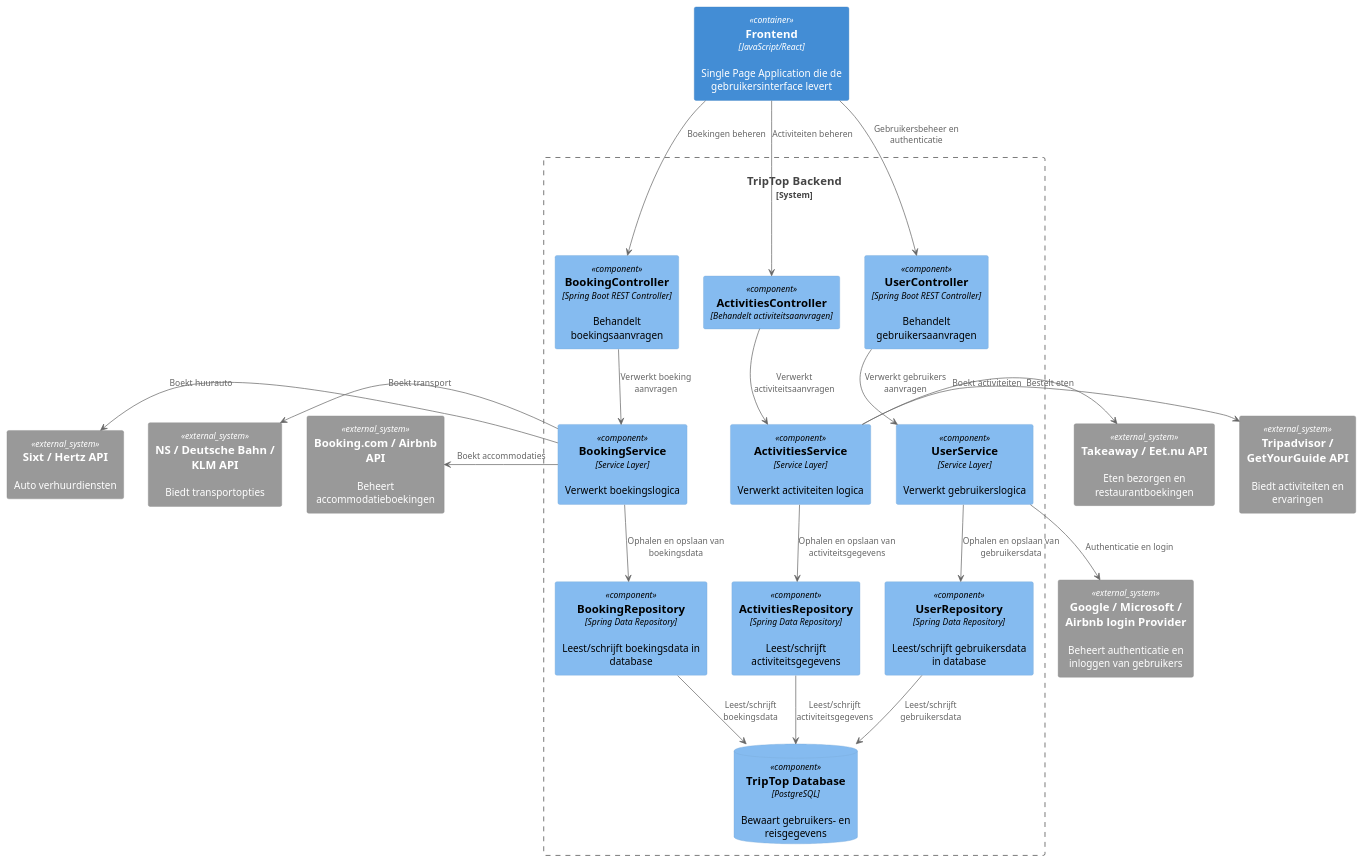
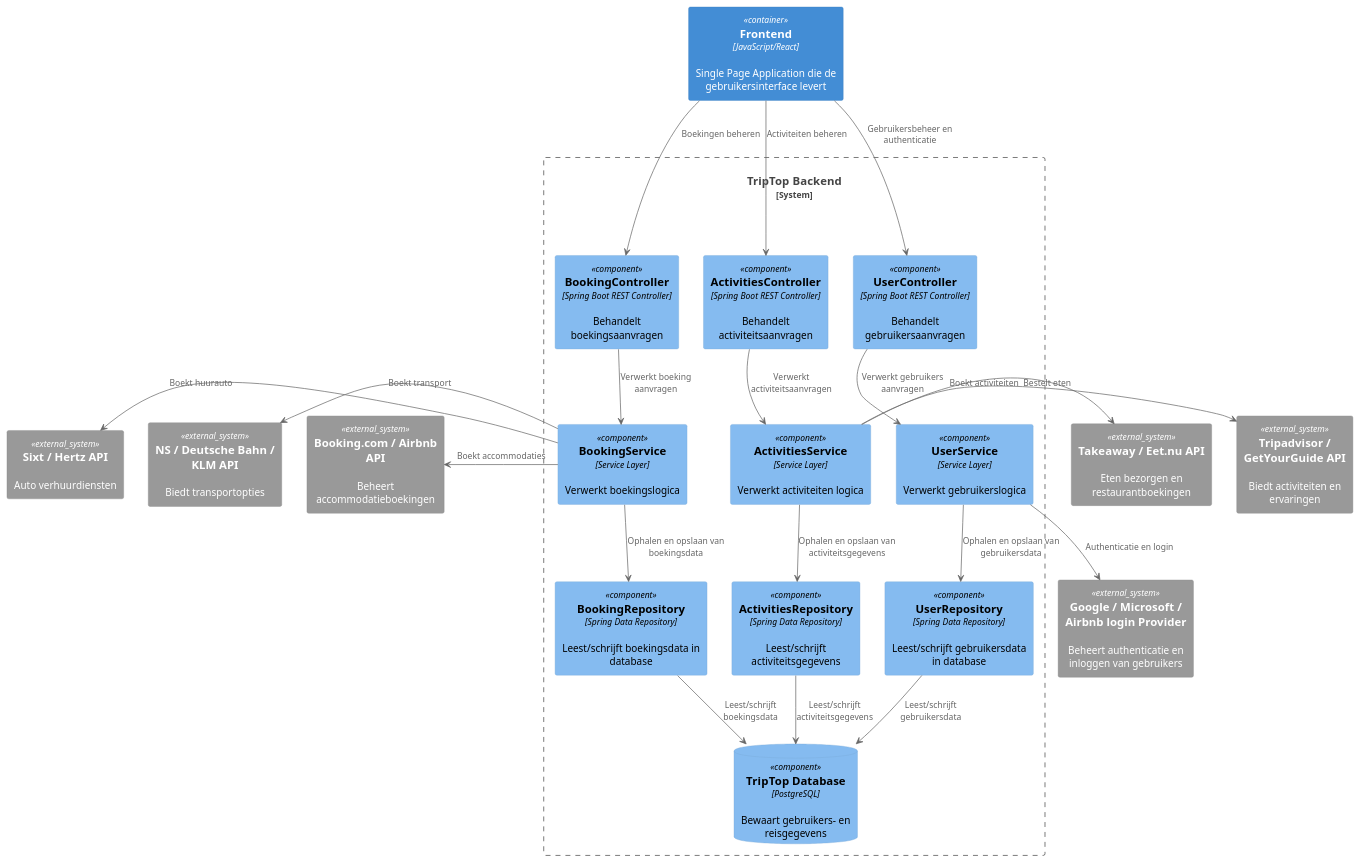
The diagram in opdracht-diagrammen/C4 Component/Component diagram - Cas.puml (AIM-ENE-feb25/triptop-groep-3), drawn with PlantUML before and after one commit.

Commit message:
Updated Component diagram

```diff
--- a/opdracht-diagrammen/C4 Component/Component diagram - Cas.puml
+++ b/opdracht-diagrammen/C4 Component/Component diagram - Cas.puml
@@ -1,49 +1,49 @@
 @startuml C4_Components
 !include https://raw.githubusercontent.com/plantuml-stdlib/C4-PlantUML/master/C4_Component.puml
 
 Container(Frontend, "Frontend", "JavaScript/React", "Single Page Application die de gebruikersinterface levert")
 
 ' Backend Componenten
 System_Boundary(Backend, "TripTop Backend") {
     Component(BookingController, "BookingController", "Spring Boot REST Controller", "Behandelt boekingsaanvragen")
     Component(BookingService, "BookingService", "Service Layer", "Verwerkt boekingslogica")
     Component(ActivitiesService, "ActivitiesService", "Service Layer", "Verwerkt activiteiten logica")
     Component(BookingRepository, "BookingRepository", "Spring Data Repository", "Leest/schrijft boekingsdata in database")
-    Component(ActivitiesController, ActivitiesController, Behandelt activiteitsaanvragen)
+    Component(ActivitiesController, ActivitiesController,Spring Boot REST Controller, Behandelt activiteitsaanvragen)
     Component(UserController, "UserController", "Spring Boot REST Controller", "Behandelt gebruikersaanvragen")
     Component(UserService, "UserService", "Service Layer", "Verwerkt gebruikerslogica")
     Component(UserRepository, "UserRepository", "Spring Data Repository", "Leest/schrijft gebruikersdata in database")
     Component(ActivitiesRepository, ActivitiesRepository, Spring Data Repository, "Leest/schrijft activiteitsgegevens")
 
     ComponentDb(Database, "TripTop Database", "PostgreSQL", "Bewaart gebruikers- en reisgegevens")
 }
 
 ' Externe systemen
 System_Ext(BookingAPI, "Booking.com / Airbnb API", "Beheert accommodatieboekingen")
 System_Ext(TransportAPI, "NS / Deutsche Bahn / KLM API", "Biedt transportopties")
 System_Ext(CarRentAPI, "Sixt / Hertz API", "Auto verhuurdiensten")
 System_Ext(ActivitiesAPI, "Tripadvisor / GetYourGuide API", "Biedt activiteiten en ervaringen")
 System_Ext(FoodAPI, "Takeaway / Eet.nu API", "Eten bezorgen en restaurantboekingen")
 System_Ext(IdProviderAPI, "Google / Microsoft / Airbnb login Provider", "Beheert authenticatie en inloggen van gebruikers")
 
 ' Relaties
 BookingController -down-> BookingService : "Verwerkt boeking aanvragen"
 BookingService -down-> BookingRepository : "Ophalen en opslaan van boekingsdata"
 BookingRepository -down-> Database : "Leest/schrijft boekingsdata"
 BookingService -left-> BookingAPI : "Boekt accommodaties"
 BookingService -left-> TransportAPI : "Boekt transport"
 BookingService -left-> CarRentAPI : "Boekt huurauto"
 ActivitiesService -> FoodAPI : "Bestelt eten"
 Frontend -down-> BookingController : "Boekingen beheren"
 Frontend -down-> UserController : "Gebruikersbeheer en authenticatie"
 Frontend -down-> ActivitiesController : "Activiteiten beheren"
 ActivitiesService -> ActivitiesAPI : "Boekt activiteiten"
 ActivitiesController -down-> ActivitiesService : "Verwerkt activiteitsaanvragen"
 UserController -down-> UserService : "Verwerkt gebruikers aanvragen"
 UserService -down-> UserRepository : "Ophalen en opslaan van gebruikersdata"
 UserRepository -down-> Database : "Leest/schrijft gebruikersdata"
 UserService -down-> IdProviderAPI : "Authenticatie en login"
 ActivitiesService -down-> ActivitiesRepository : "Ophalen en opslaan van activiteitsgegevens"
 ActivitiesRepository -down-> Database : "Leest/schrijft activiteitsgegevens"
 
 @enduml
```
